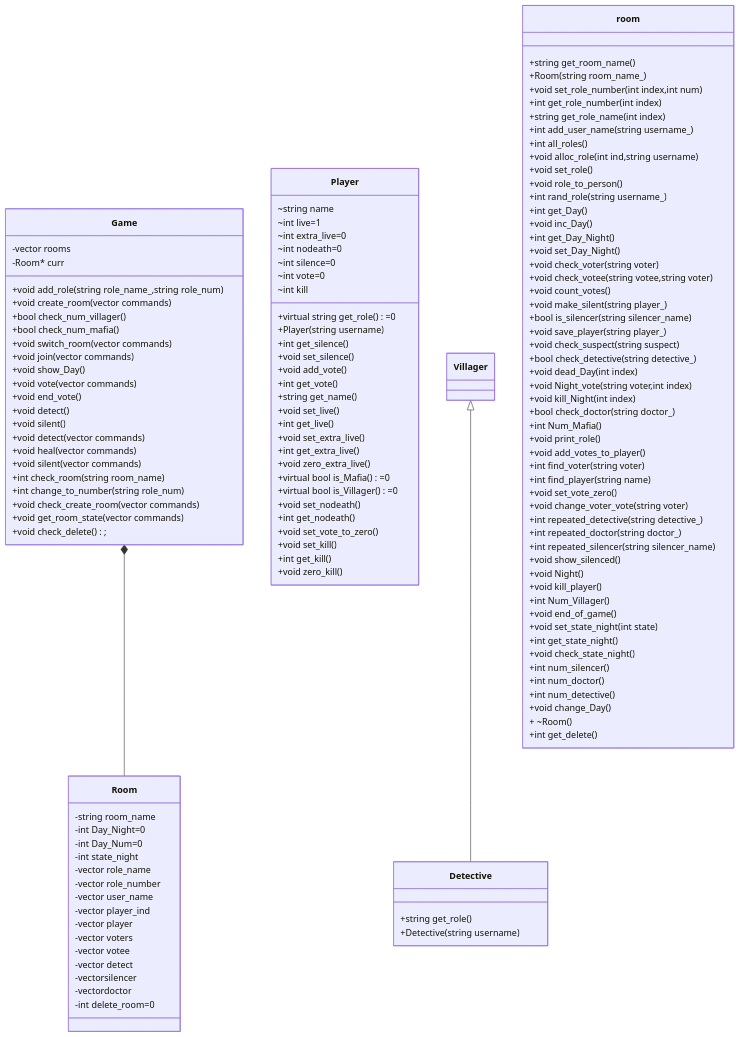
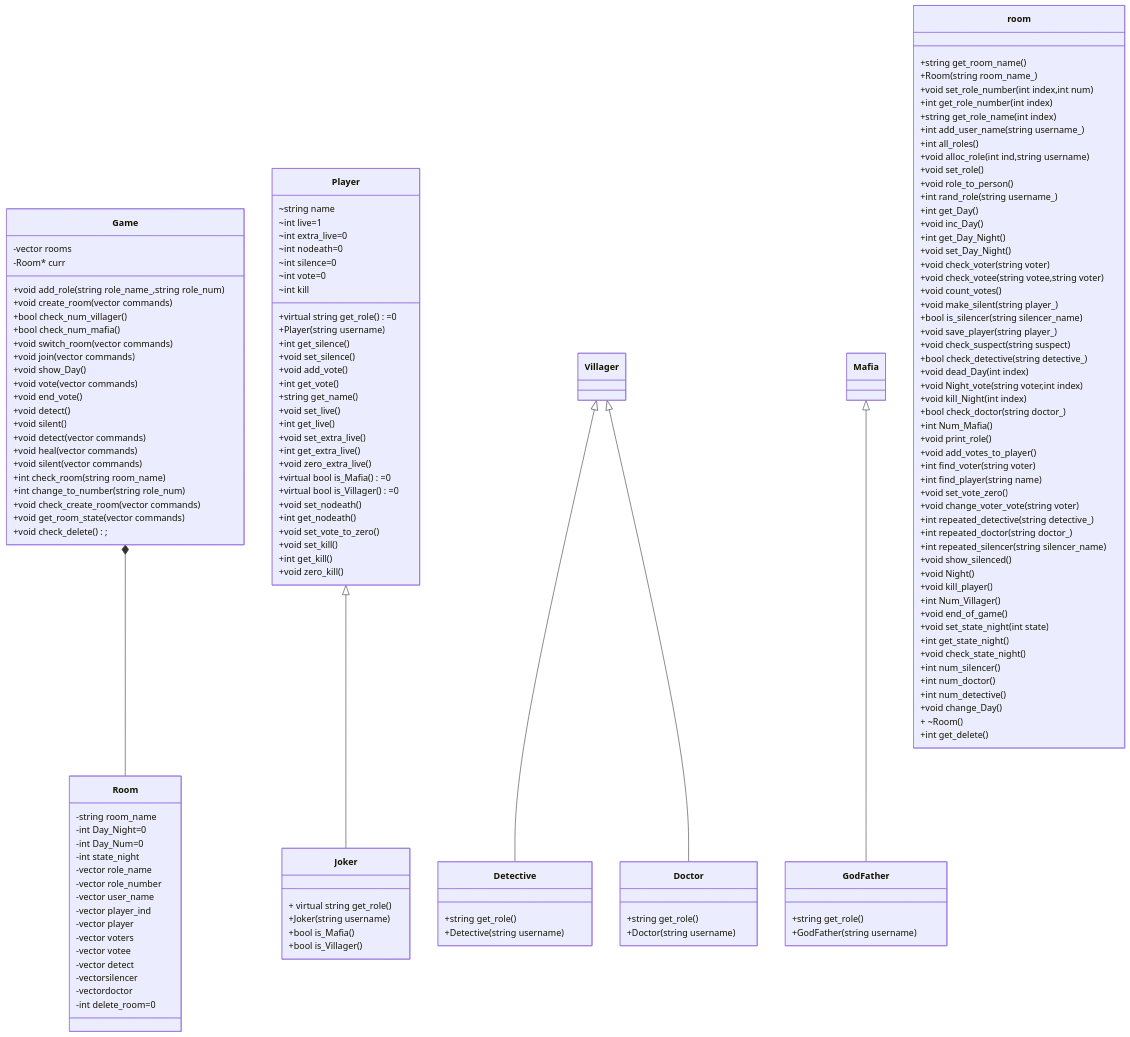
The second of 2 diagrams in README.md (NeginAz/mafia_game), drawn with Mermaid before and after one commit.

```diff
--- a/README.md
+++ b/README.md
@@ -74,6 +74,18 @@
       Detective :+string get_role()
       Detective: +Detective(string username)
       Villager <|-- Detective
+      Doctor :+string get_role()
+      Doctor: +Doctor (string username)
+      Villager <|-- Doctor
+      GodFather:  +string get_role()
+      GodFather: +GodFather(string username)
+      Mafia <|-- GodFather
+      Joker : + virtual string get_role()
+      Joker: +Joker (string username)
+      Joker: +bool is_Mafia()
+      Joker: +bool is_Villager()
+      Player <|-- Joker
+      
 class Game{
       +void  add_role(string role_name_,string role_num)
       +void create_room(vector <string> commands)
```
